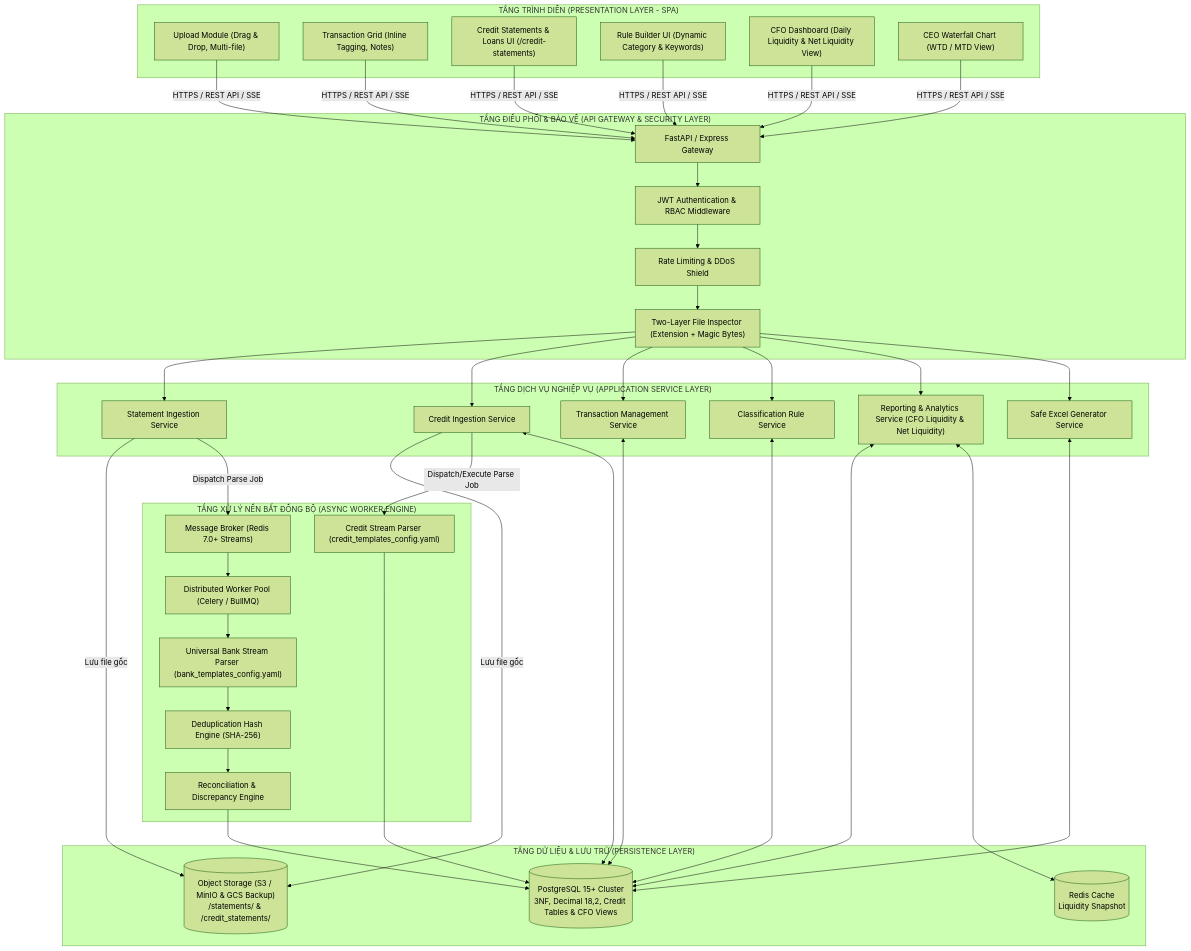
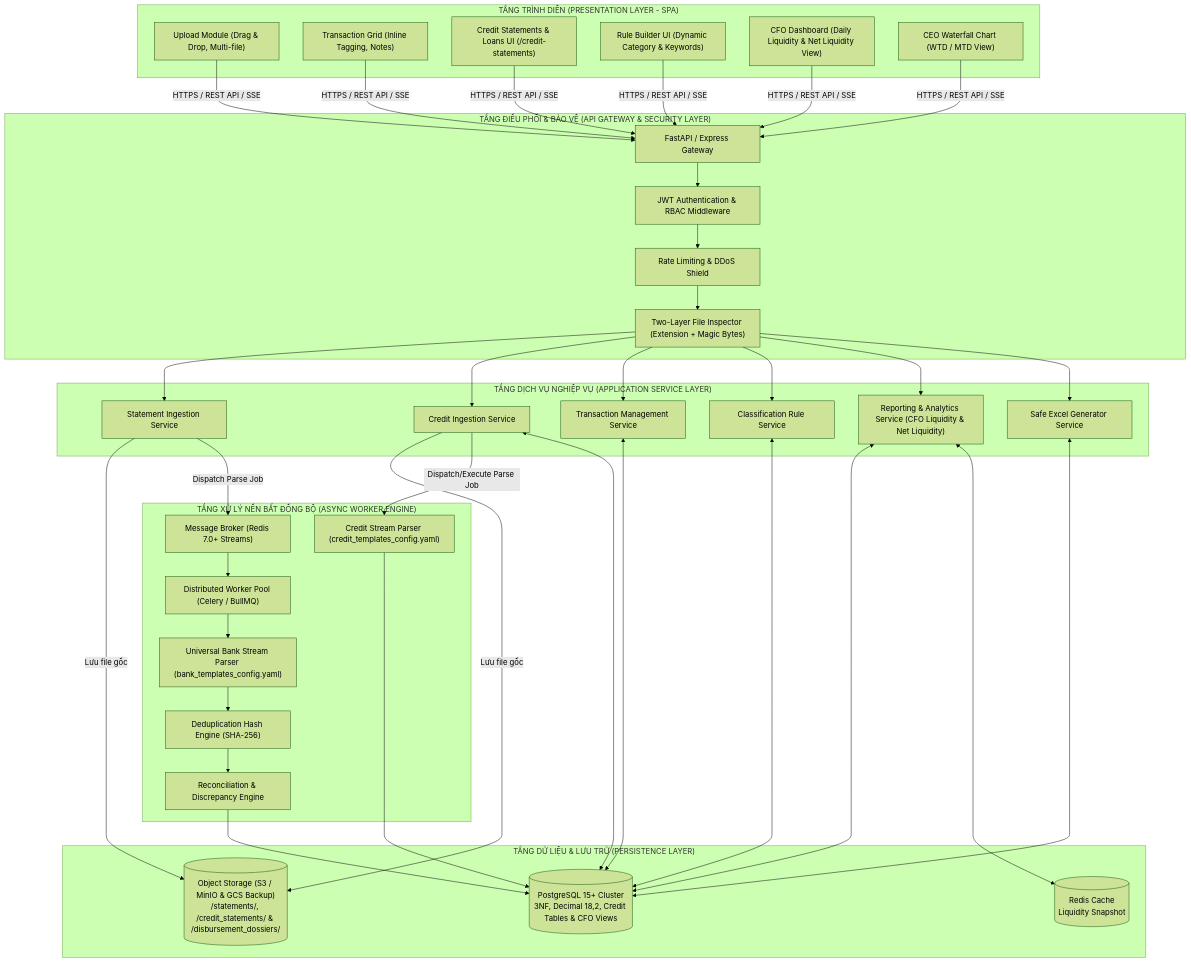
The first of 5 diagrams in docs/SAD.md (nlcnhung024/treasury_system), drawn with Mermaid (forest theme) before and after one commit. The commit also changed other lines of this file and 85 other files, not shown here.

````diff
--- a/docs/SAD.md
+++ b/docs/SAD.md
@@ -75,58 +77,58 @@
 ```mermaid
 flowchart TD
     subgraph L1["TẦNG TRÌNH DIỄN (PRESENTATION LAYER - SPA)"]
         UI_Upload["Upload Module (Drag & Drop, Multi-file)"]
         UI_Table["Transaction Grid (Inline Tagging, Notes)"]
         UI_Credit["Credit Statements & Loans UI (/credit-statements)"]
         UI_RuleBuilder["Rule Builder UI (Dynamic Category & Keywords)"]
         UI_CFODash["CFO Dashboard (Daily Liquidity & Net Liquidity View)"]
         UI_CEOWaterfall["CEO Waterfall Chart (WTD / MTD View)"]
     end
 
     subgraph L2["TẦNG ĐIỀU PHỐI & BẢO VỆ (API GATEWAY & SECURITY LAYER)"]
         APIGateway["FastAPI / Express Gateway"]
         AuthMiddleware["JWT Authentication & RBAC Middleware"]
         RateLimiter["Rate Limiting & DDoS Shield"]
         FileValidator["Two-Layer File Inspector (Extension + Magic Bytes)"]
     end
 
     subgraph L3["TẦNG DỊCH VỤ NGHIỆP VỤ (APPLICATION SERVICE LAYER)"]
         StmtService["Statement Ingestion Service"]
         CreditService["Credit Ingestion Service"]
         TransService["Transaction Management Service"]
         RuleService["Classification Rule Service"]
         ReportService["Reporting & Analytics Service (CFO Liquidity & Net Liquidity)"]
         ExcelExportService["Safe Excel Generator Service"]
     end
 
     subgraph L4["TẦNG XỬ LÝ NỀN BẤT ĐỒNG BỘ (ASYNC WORKER ENGINE)"]
         QueueBroker["Message Broker (Redis 7.0+ Streams)"]
         WorkerPool["Distributed Worker Pool (Celery / BullMQ)"]
         StreamParser["Universal Bank Stream Parser (bank_templates_config.yaml)"]
         CreditParser["Credit Stream Parser (credit_templates_config.yaml)"]
         ReconEngine["Reconciliation & Discrepancy Engine"]
         DedupEngine["Deduplication Hash Engine (SHA-256)"]
     end
 
     subgraph L5["TẦNG DỮ LIỆU & LƯU TRỮ (PERSISTENCE LAYER)"]
-        ObjStore[("Object Storage (S3 / MinIO & GCS Backup)<br/>/statements/ & /credit_statements/")]
+        ObjStore[("Object Storage (S3 / MinIO & GCS Backup)<br/>/statements/, /credit_statements/ & /disbursement_dossiers/")]
         RDBMS[("PostgreSQL 15+ Cluster<br/>3NF, Decimal 18,2, Credit Tables & CFO Views")]
         CacheStore[("Redis Cache<br/>Liquidity Snapshot")]
     end
 
     UI_Upload & UI_Table & UI_Credit & UI_RuleBuilder & UI_CFODash & UI_CEOWaterfall -->|HTTPS / REST API / SSE| APIGateway
     APIGateway --> AuthMiddleware --> RateLimiter --> FileValidator
     FileValidator --> StmtService & CreditService & TransService & RuleService & ReportService & ExcelExportService
     
     StmtService -->|Lưu file gốc| ObjStore
     CreditService -->|Lưu file gốc| ObjStore
     StmtService -->|Dispatch Parse Job| QueueBroker
     CreditService -->|Dispatch/Execute Parse Job| CreditParser
     QueueBroker --> WorkerPool
     WorkerPool --> StreamParser --> DedupEngine --> ReconEngine --> RDBMS
     CreditParser --> RDBMS
     
     TransService & RuleService & ReportService & CreditService <--> RDBMS
     ReportService <--> CacheStore
     ExcelExportService <--> RDBMS
 ```
````
